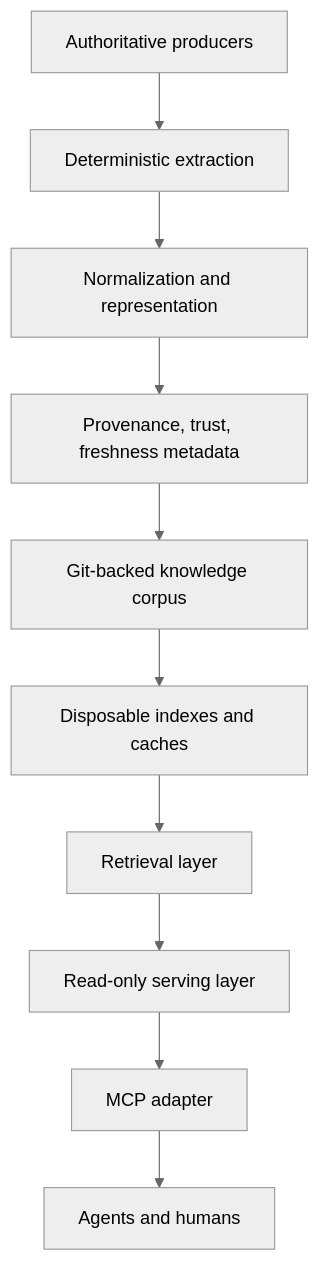
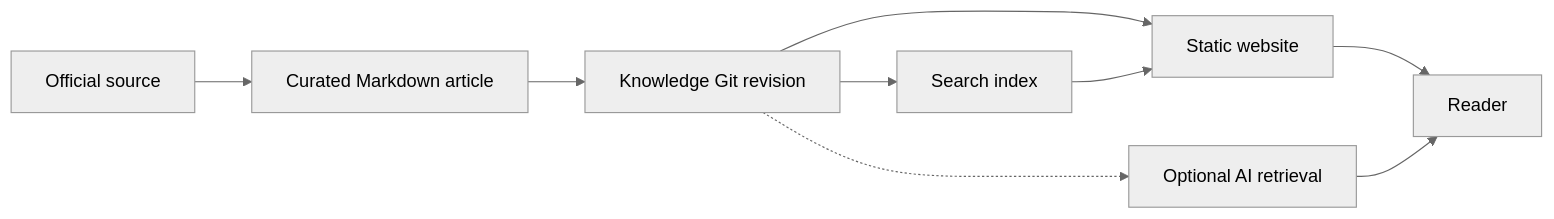
Before and after one commit to David-A18/MY-humble-knowledge-for-everyone: the first of 2 diagrams in knowledge/ai/ai-tooling/knowledge-bases/reference-architecture.md, drawn with Mermaid (neutral theme). The commit also changed other lines of this file and 5 other files, not shown here.

Commit message:
Teach knowledge architecture and trust boundaries

````diff
--- a/knowledge/ai/ai-tooling/knowledge-bases/reference-architecture.md
+++ b/knowledge/ai/ai-tooling/knowledge-bases/reference-architecture.md
@@ -34,12 +72,11 @@
 ```mermaid
-flowchart TB
-    P["Authoritative producers"] --> E["Deterministic extraction"]
-    E --> N["Normalization and representation"]
-    N --> M["Provenance, trust, freshness metadata"]
-    M --> G["Git-backed knowledge corpus"]
-    G --> I["Disposable indexes and caches"]
-    I --> R["Retrieval layer"]
-    R --> S["Read-only serving layer"]
-    S --> A["MCP adapter"]
-    A --> C["Agents and humans"]
+flowchart LR
+  source["Official source"] --> article["Curated Markdown article"]
+  article --> revision["Knowledge Git revision"]
+  revision --> site["Static website"]
+  revision --> search["Search index"]
+  search --> site
+  revision -.-> ai["Optional AI retrieval"]
+  site --> reader["Reader"]
+  ai --> reader
 ```
````
